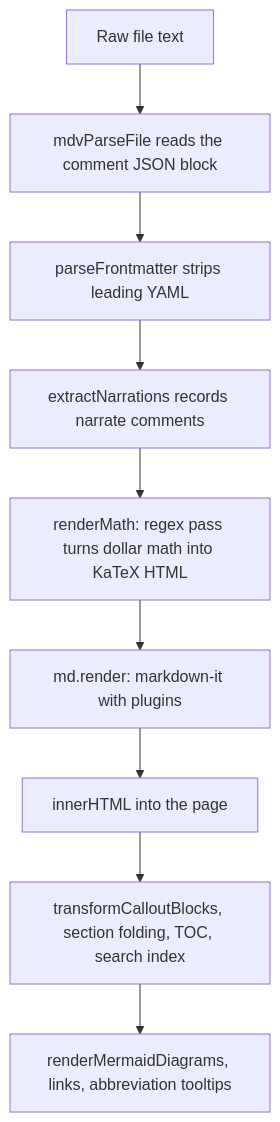
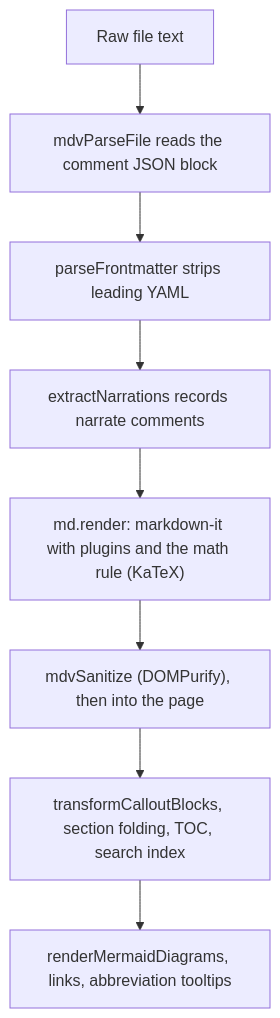
One commit to vikrantb/kites-markdown changed the diagram in docs/markdown-knowledge.md. Above: the diagram before and after it, drawn with Mermaid. The commit also changed other lines of this file and 38 other files, not shown here.

First line of the commit message:
fix(visuals): every theme gets a designed reading surface, and diagrams that follow it (#8)

````diff
--- a/docs/markdown-knowledge.md
+++ b/docs/markdown-knowledge.md
@@ -61,11 +61,10 @@
 ```mermaid
 flowchart TD
   A["Raw file text"] --> B["mdvParseFile reads the comment JSON block"]
   B --> C["parseFrontmatter strips leading YAML"]
   C --> D["extractNarrations records narrate comments"]
-  D --> E["renderMath: regex pass turns dollar math into KaTeX HTML"]
-  E --> F["md.render: markdown-it with plugins"]
-  F --> G["innerHTML into the page"]
+  D --> F["md.render: markdown-it with plugins and the math rule (KaTeX)"]
+  F --> G["mdvSanitize (DOMPurify), then into the page"]
   G --> H["transformCalloutBlocks, section folding, TOC, search index"]
   H --> I["renderMermaidDiagrams, links, abbreviation tooltips"]
 ```
````
